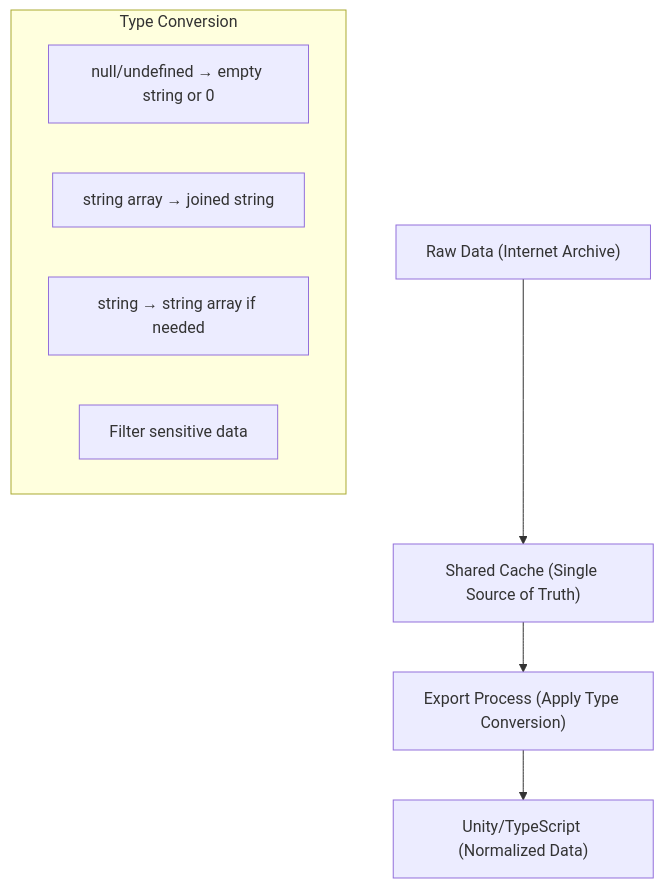
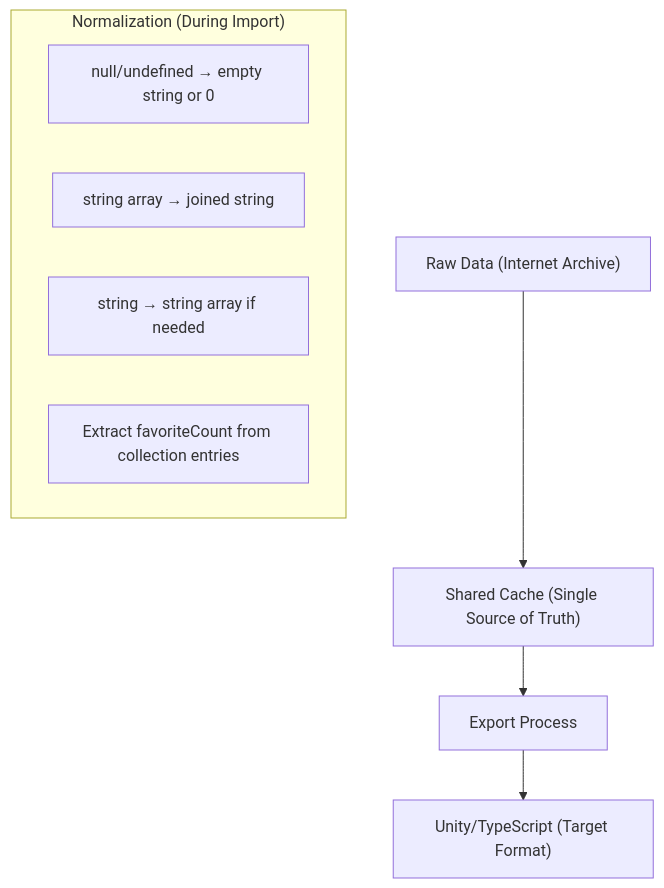
Before and after one commit to publiccodenet/SpaceCraft: the fourth of 7 diagrams in SvelteKit/BackSpace/README-PIPELINE.md, drawn with Mermaid. The commit also changed other lines of this file and 5 other files, not shown here.

Commit message:
still about to regen schema

````diff
--- a/SvelteKit/BackSpace/README-PIPELINE.md
+++ b/SvelteKit/BackSpace/README-PIPELINE.md
@@ -170,13 +568,12 @@
 ```mermaid
 flowchart TD
     A["Raw Data (Internet Archive)"] --> B["Shared Cache (Single Source of Truth)"]
-    B --> C["Export Process (Apply Type Conversion)"]
-    C --> D["Unity/TypeScript (Normalized Data)"]
+    B --> C["Export Process"] --> D["Unity/TypeScript (Target Format)"]
     
-    subgraph "Type Conversion"
+    subgraph "Normalization (During Import)"
     E["null/undefined → empty string or 0"]
     F["string array → joined string"]
     G["string → string array if needed"]
-    H["Filter sensitive data"]
+    H["Extract favoriteCount from collection entries"]
     end
 ```
````
